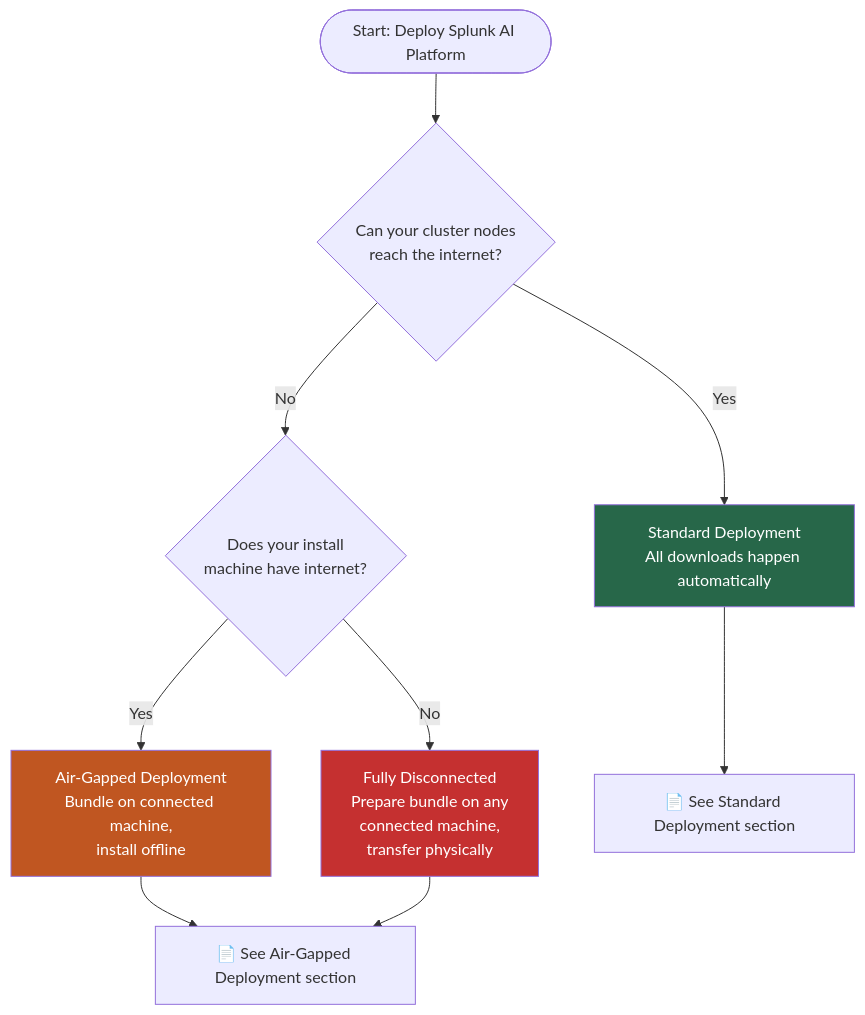
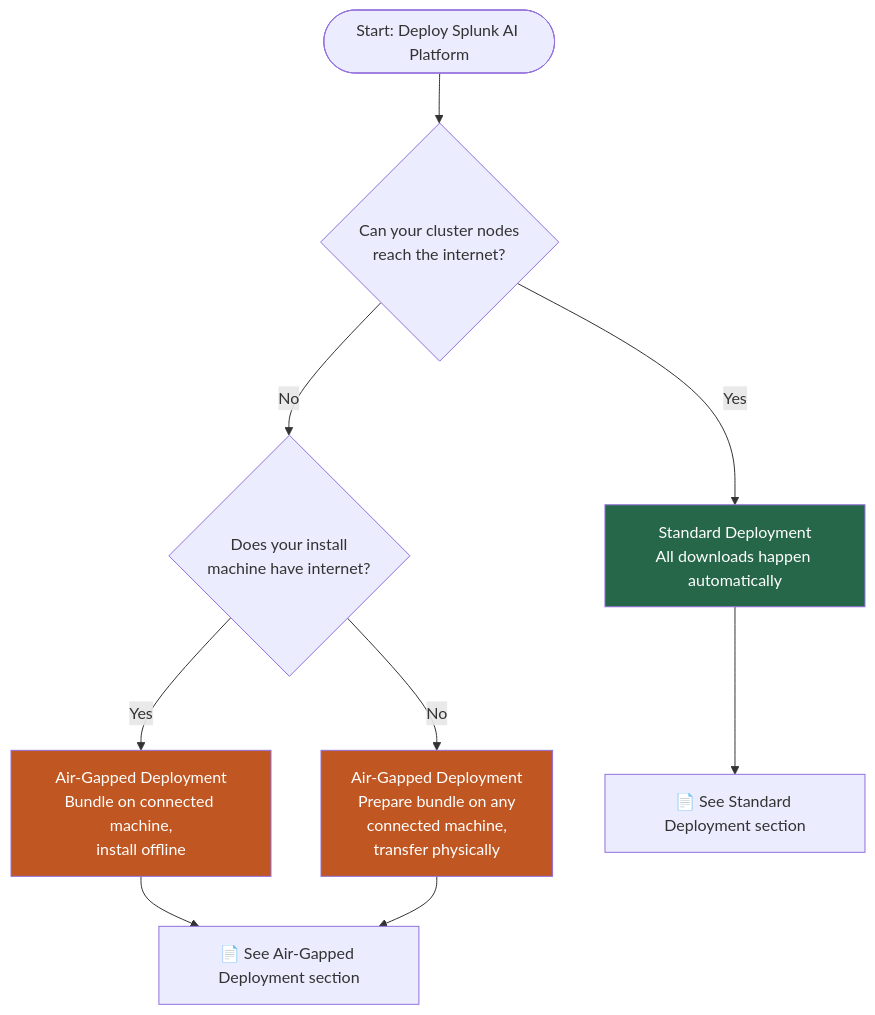
One commit to splunk/splunk-ai-operator changed the first of 11 diagrams in tools/cluster_setup/DEPLOYMENT_GUIDE.md. Above: the diagram before and after it, drawn with Mermaid. The commit also changed other lines of this file, not shown here.

Commit message:
docs: collapse air-gapped scenarios into one row in DEPLOYMENT_GUIDE
The two air-gapped rows ("install machine online, cluster isolated" and
"everything offline") follow identical steps — the only difference is which
machine runs prepare_airgap_bundle.sh. Merged into a single row to avoid
implying a different deployment path exists.

````diff
--- a/tools/cluster_setup/DEPLOYMENT_GUIDE.md
+++ b/tools/cluster_setup/DEPLOYMENT_GUIDE.md
@@ -34,20 +34,20 @@
 ```mermaid
 flowchart TD
     START([Start: Deploy Splunk AI Platform]) --> Q1
 
     Q1{Can your cluster nodes\nreach the internet?}
     Q1 -->|Yes| STANDARD[Standard Deployment\nAll downloads happen automatically]
     Q1 -->|No| Q2
 
     Q2{Does your install\nmachine have internet?}
     Q2 -->|Yes| AIRGAP[Air-Gapped Deployment\nBundle on connected machine,\ninstall offline]
-    Q2 -->|No| FULLAIR[Fully Disconnected\nPrepare bundle on any\nconnected machine,\ntransfer physically]
+    Q2 -->|No| AIRGAP2[Air-Gapped Deployment\nPrepare bundle on any\nconnected machine,\ntransfer physically]
 
     STANDARD --> SDOC[📄 See Standard Deployment section]
     AIRGAP --> ADOC[📄 See Air-Gapped Deployment section]
-    FULLAIR --> ADOC
+    AIRGAP2 --> ADOC
 
     style STANDARD fill:#276749,color:#fff
     style AIRGAP fill:#c05621,color:#fff
-    style FULLAIR fill:#c53030,color:#fff
+    style AIRGAP2 fill:#c05621,color:#fff
 ```
````
